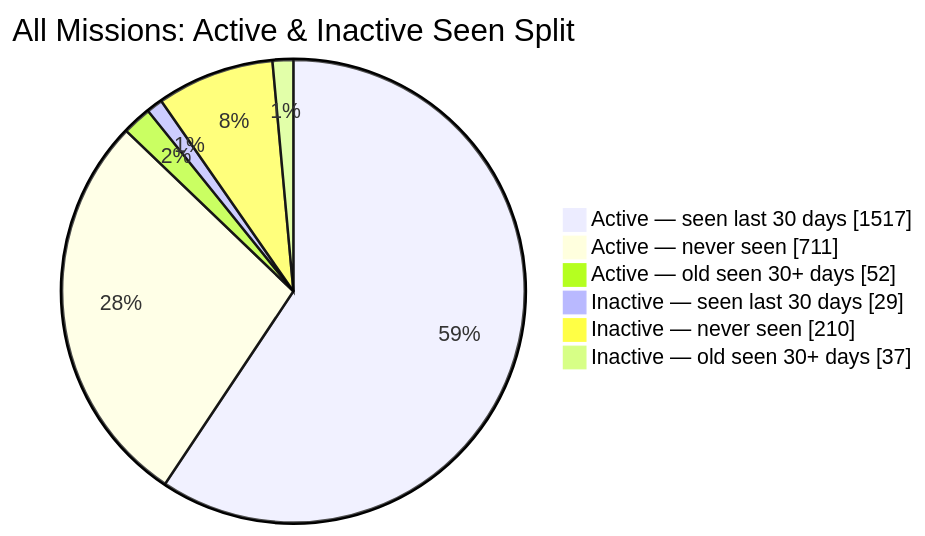
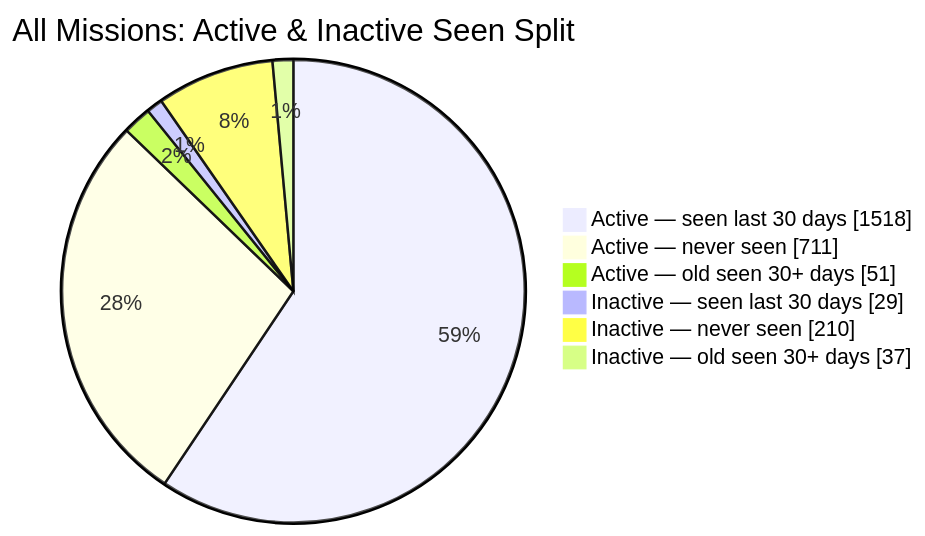
The second of 2 diagrams in README.md (MeldkamerspelGameTeam/active-missions), drawn with Mermaid before and after one commit. The commit also changed other lines of this file and 3 other files, not shown here.

````diff
--- a/README.md
+++ b/README.md
@@ -44,10 +44,10 @@
 ```mermaid
 pie showData
     title All Missions: Active & Inactive Seen Split
-    "Active — seen last 30 days" : 1517
+    "Active — seen last 30 days" : 1518
     "Active — never seen" : 711
-    "Active — old seen 30+ days" : 52
+    "Active — old seen 30+ days" : 51
     "Inactive — seen last 30 days" : 29
     "Inactive — never seen" : 210
     "Inactive — old seen 30+ days" : 37
 ```
````
